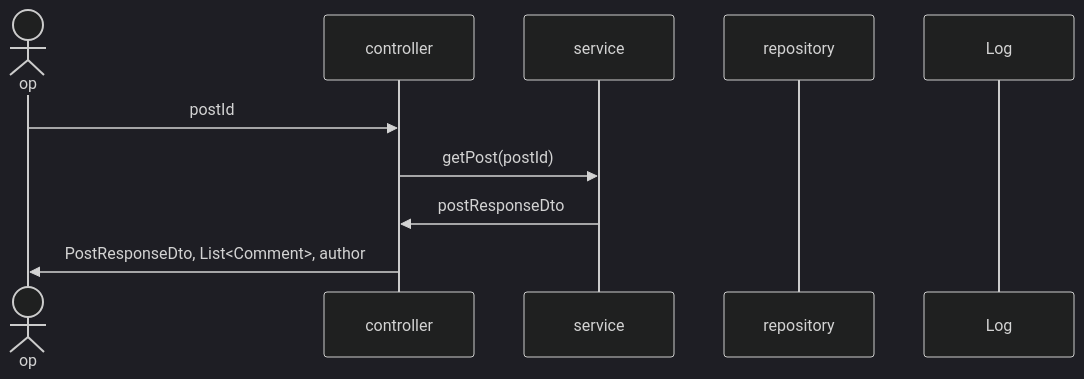
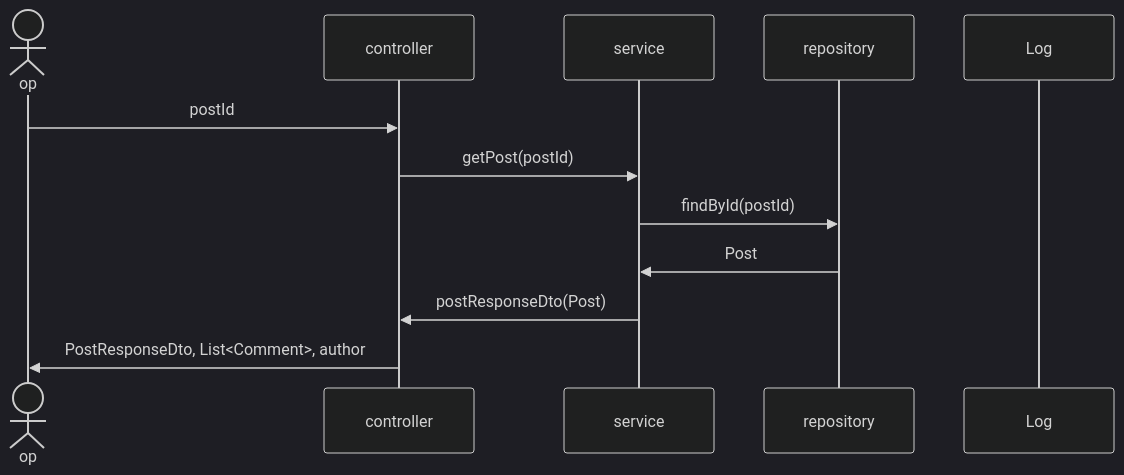
One commit to mtak0235/snsX changed diagram 25 of 28 in sequence.md. Above: the diagram before and after it, drawn with Mermaid (dark theme). The commit also changed other lines of this file, not shown here.

Commit message:
update showPostForm sequence diagram

````diff
--- a/sequence.md
+++ b/sequence.md
@@ -524,13 +524,15 @@
 ```mermaid
 sequenceDiagram
 actor op
 participant c as controller
 participant s as service
 participant r as repository
 participant l as Log
 
 op->>c: postId
 c->>s: getPost(postId)
-s->>c: postResponseDto
+s->>r: findById(postId)
+r->>s: Post
+s->>c: postResponseDto(Post)
 c->>op: PostResponseDto, List<Comment>, author
 ```
````
